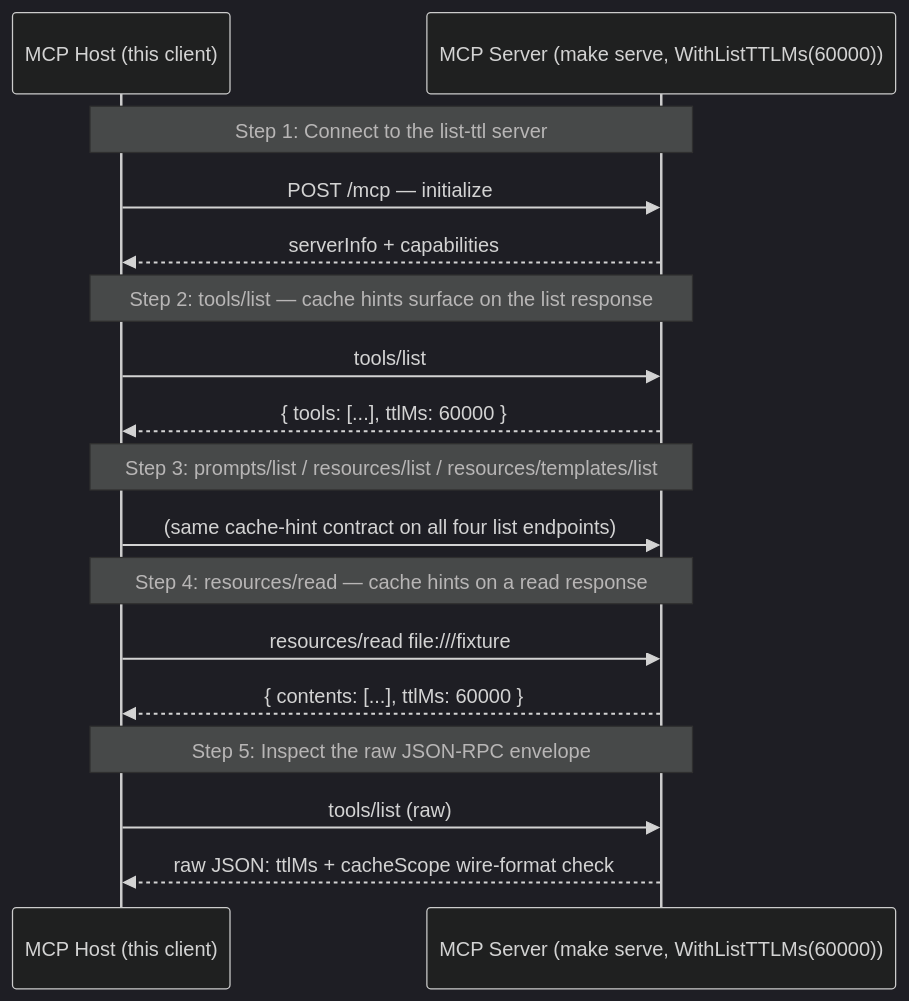
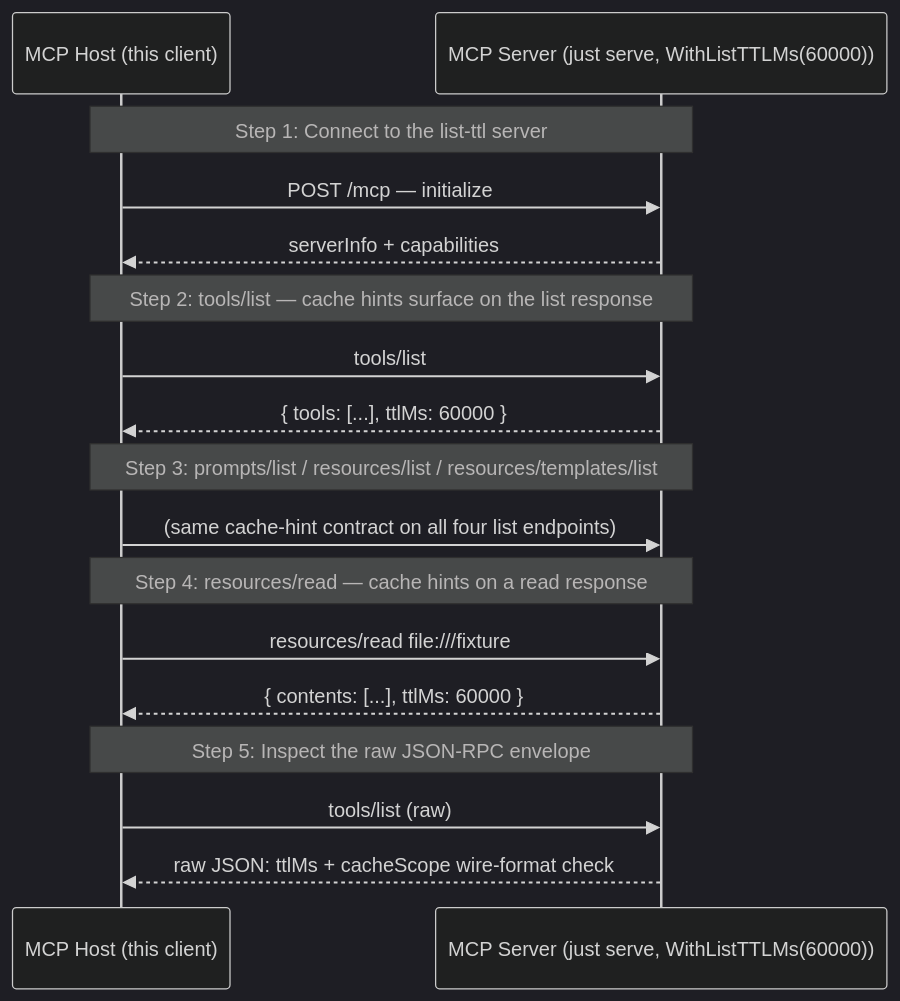
One commit to panyam/mcpkit changed the diagram in examples/list-ttl/WALKTHROUGH.md. Above: the diagram before and after it, drawn with Mermaid (dark theme). The commit also changed other lines of this file and 293 other files, not shown here.

````diff
--- a/examples/list-ttl/WALKTHROUGH.md
+++ b/examples/list-ttl/WALKTHROUGH.md
@@ -15,24 +15,24 @@
 ```mermaid
 sequenceDiagram
     participant Host as MCP Host (this client)
-    participant Server as MCP Server (make serve, WithListTTLMs(60000))
+    participant Server as MCP Server (just serve, WithListTTLMs(60000))
 
     Note over Host,Server: Step 1: Connect to the list-ttl server
     Host->>Server: POST /mcp — initialize
     Server-->>Host: serverInfo + capabilities
 
     Note over Host,Server: Step 2: tools/list — cache hints surface on the list response
     Host->>Server: tools/list
     Server-->>Host: { tools: [...], ttlMs: 60000 }
 
     Note over Host,Server: Step 3: prompts/list / resources/list / resources/templates/list
     Host->>Server: (same cache-hint contract on all four list endpoints)
 
     Note over Host,Server: Step 4: resources/read — cache hints on a read response
     Host->>Server: resources/read file:///fixture
     Server-->>Host: { contents: [...], ttlMs: 60000 }
 
     Note over Host,Server: Step 5: Inspect the raw JSON-RPC envelope
     Host->>Server: tools/list (raw)
     Server-->>Host: raw JSON: ttlMs + cacheScope wire-format check
 ```
````
